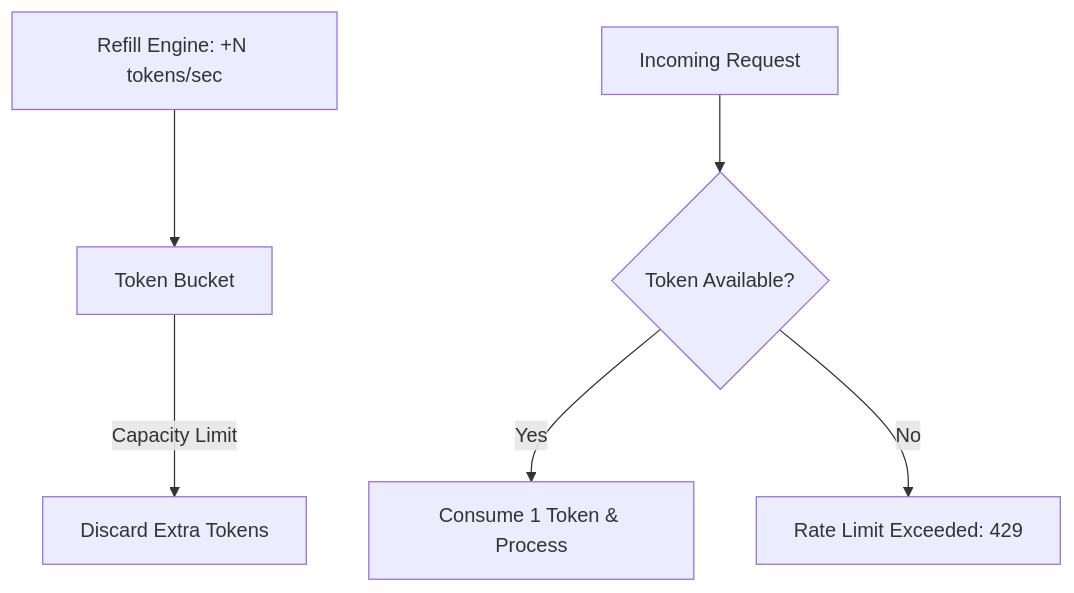
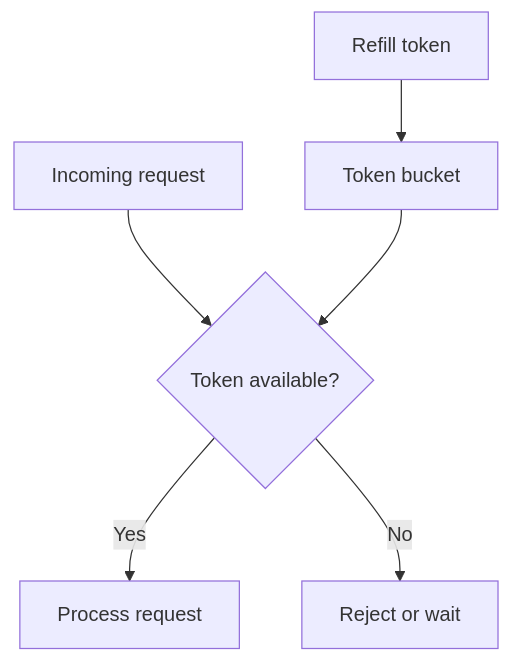
Before and after one commit to syahputrawork98-sketch/Golang-Knowledge-Base: the diagram in RAK-03-evolution/SR-03-concurrency/BK-03-resilience/CH-01-rate-limiting/README.md, drawn with Mermaid. The commit also changed other lines of this file and 61 other files, not shown here.

````diff
--- a/RAK-03-evolution/SR-03-concurrency/BK-03-resilience/CH-01-rate-limiting/README.md
+++ b/RAK-03-evolution/SR-03-concurrency/BK-03-resilience/CH-01-rate-limiting/README.md
@@ -39,8 +35,8 @@
 ```mermaid
 graph TD
-    Refill[Refill Engine: +N tokens/sec] --> Bucket[Token Bucket]
-    Request[Incoming Request] --> Check{Token Available?}
-    Check -->|Yes| Consume[Consume 1 Token & Process]
-    Check -->|No| Reject[Rate Limit Exceeded: 429]
-    Bucket -->|Capacity Limit| Over[Discard Extra Tokens]
+    Refill[Refill token] --> Bucket[Token bucket]
+    Request[Incoming request] --> Check{Token available?}
+    Bucket --> Check
+    Check -->|Yes| Process[Process request]
+    Check -->|No| Reject[Reject or wait]
 ```
````
